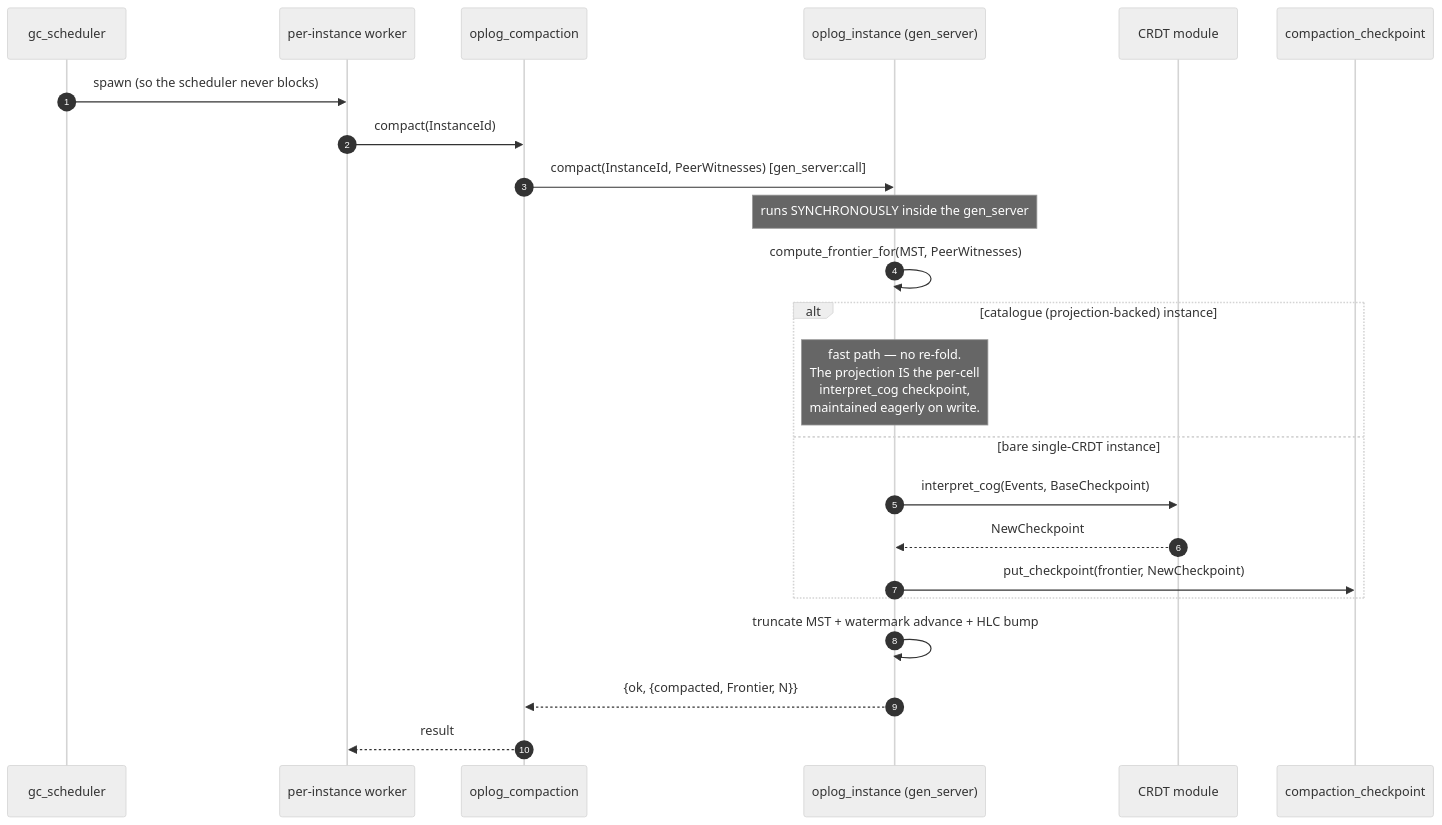
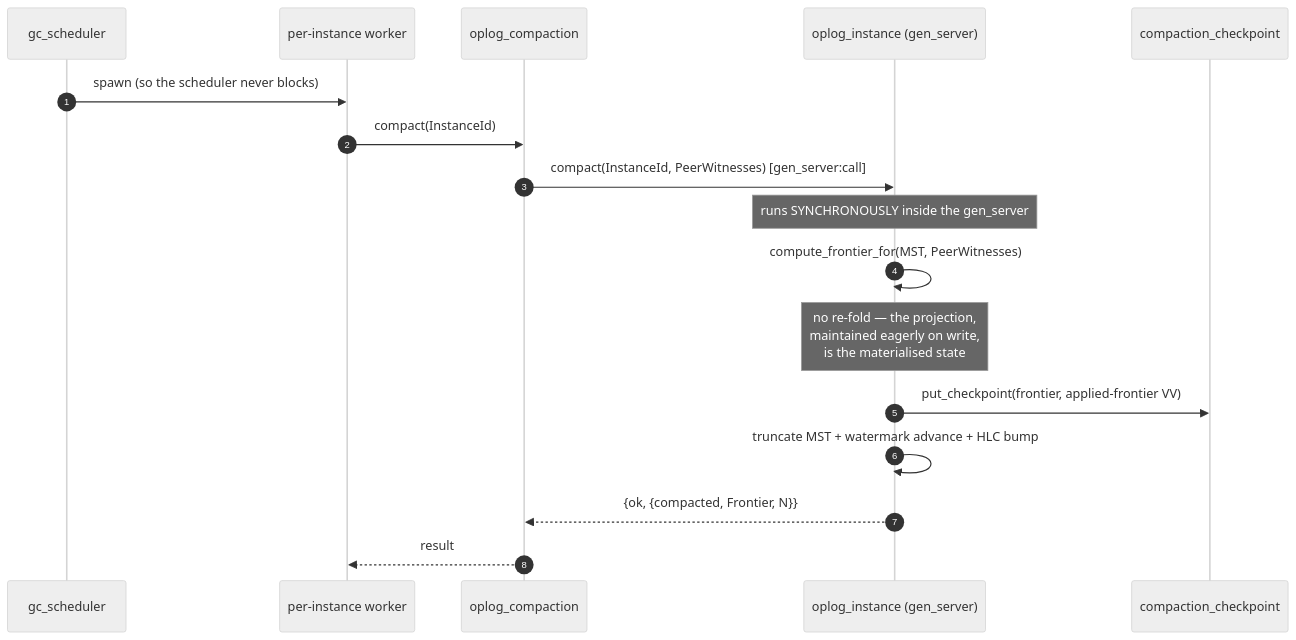
Before and after one commit to bondy-io/bondy: the fifth of 15 diagrams in apps/bondy_db/doc_extras/architecture/06_compaction_and_bootstrap.md, drawn with Mermaid (neutral theme). The commit also changed other lines of this file and 215 other files, not shown here.

````diff
--- a/apps/bondy_db/doc_extras/architecture/06_compaction_and_bootstrap.md
+++ b/apps/bondy_db/doc_extras/architecture/06_compaction_and_bootstrap.md
@@ -280,26 +281,20 @@
 ```mermaid
 sequenceDiagram
     autonumber
     participant Sched as gc_scheduler
     participant Worker as per-instance worker
     participant Comp as oplog_compaction
     participant Inst as oplog_instance (gen_server)
-    participant Crdt as CRDT module
     participant CK as compaction_checkpoint
 
     Sched->>Worker: spawn (so the scheduler never blocks)
     Worker->>Comp: compact(InstanceId)
     Comp->>Inst: compact(InstanceId, PeerWitnesses)  [gen_server:call]
     Note over Inst: runs SYNCHRONOUSLY inside the gen_server
     Inst->>Inst: compute_frontier_for(MST, PeerWitnesses)
-    alt catalogue (projection-backed) instance
-        Note over Inst: fast path — no re-fold.<br/>The projection IS the per-cell<br/>interpret_cog checkpoint,<br/>maintained eagerly on write.
-    else bare single-CRDT instance
-        Inst->>Crdt: interpret_cog(Events, BaseCheckpoint)
-        Crdt-->>Inst: NewCheckpoint
-        Inst->>CK: put_checkpoint(frontier, NewCheckpoint)
-    end
+    Note over Inst: no re-fold — the projection,<br/>maintained eagerly on write,<br/>is the materialised state
+    Inst->>CK: put_checkpoint(frontier, applied-frontier VV)
     Inst->>Inst: truncate MST + watermark advance + HLC bump
     Inst-->>Comp: {ok, {compacted, Frontier, N}}
     Comp-->>Worker: result
 ```
````
